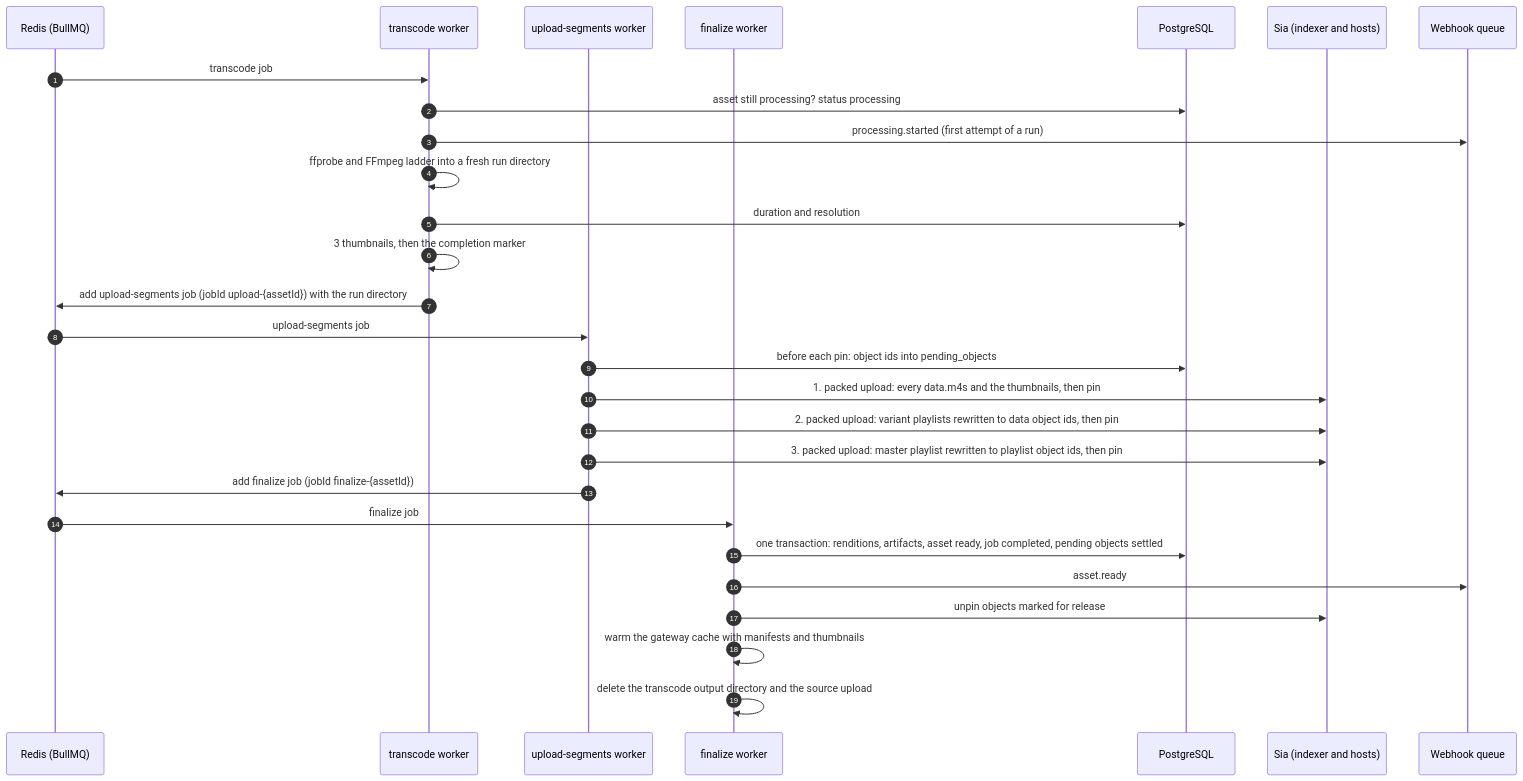
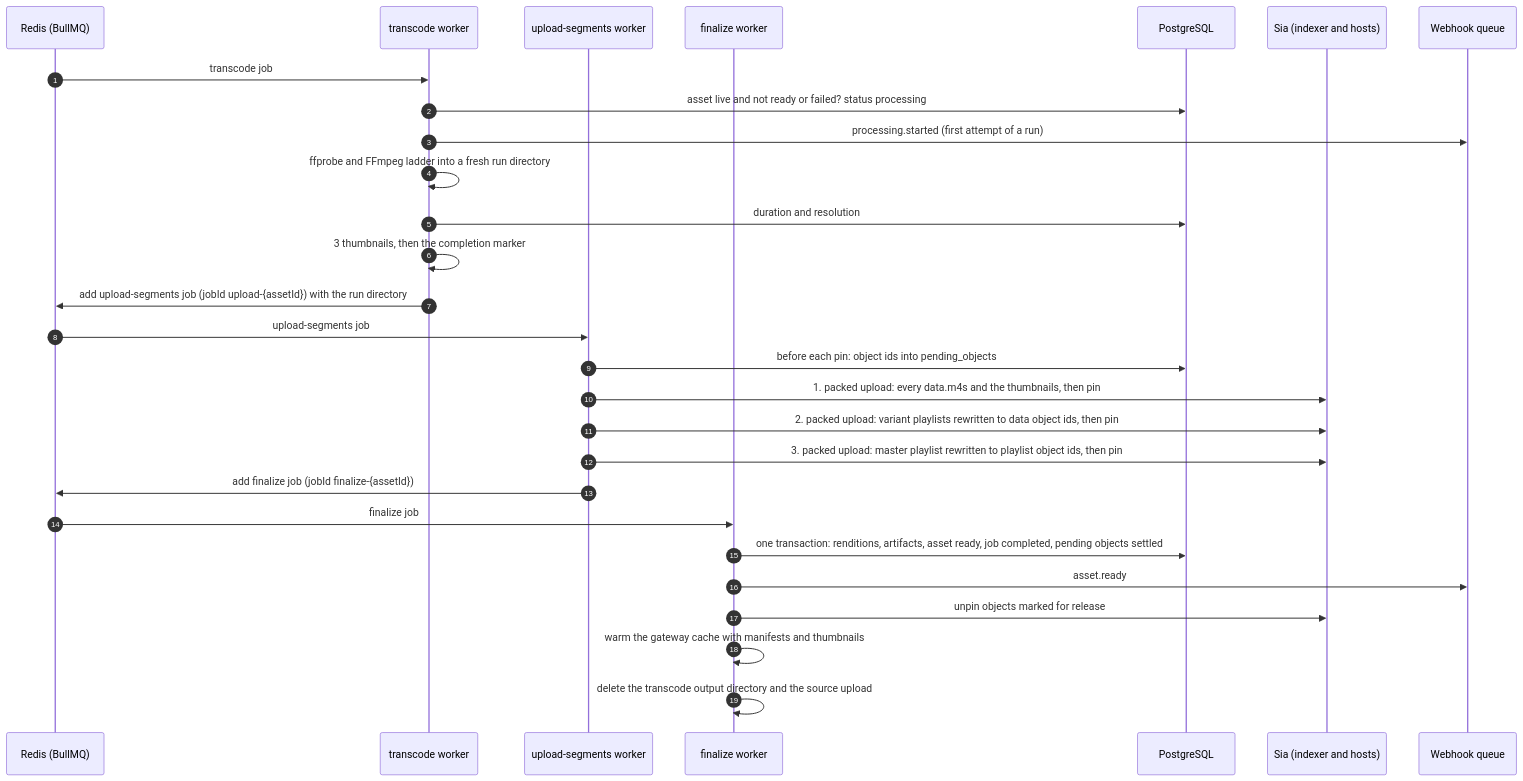
Before and after one commit to justmert/Sluby: the second of 3 diagrams in docs/architecture/upload-pipeline.md, drawn with Mermaid. The commit also changed other lines of this file, not shown here.

````diff
--- a/docs/architecture/upload-pipeline.md
+++ b/docs/architecture/upload-pipeline.md
@@ -71,31 +72,31 @@
 ```mermaid
 sequenceDiagram
   autonumber
   participant Q as Redis (BullMQ)
   participant TW as transcode worker
   participant UW as upload-segments worker
   participant FW as finalize worker
   participant DB as PostgreSQL
   participant SIA as Sia (indexer and hosts)
   participant W as Webhook queue
 
   Q->>TW: transcode job
-  TW->>DB: asset still processing? status processing
+  TW->>DB: asset live and not ready or failed? status processing
   TW->>W: processing.started (first attempt of a run)
   TW->>TW: ffprobe and FFmpeg ladder into a fresh run directory
   TW->>DB: duration and resolution
   TW->>TW: 3 thumbnails, then the completion marker
   TW->>Q: add upload-segments job (jobId upload-{assetId}) with the run directory
   Q->>UW: upload-segments job
   UW->>DB: before each pin: object ids into pending_objects
   UW->>SIA: 1. packed upload: every data.m4s and the thumbnails, then pin
   UW->>SIA: 2. packed upload: variant playlists rewritten to data object ids, then pin
   UW->>SIA: 3. packed upload: master playlist rewritten to playlist object ids, then pin
   UW->>Q: add finalize job (jobId finalize-{assetId})
   Q->>FW: finalize job
   FW->>DB: one transaction: renditions, artifacts, asset ready, job completed, pending objects settled
   FW->>W: asset.ready
   FW->>SIA: unpin objects marked for release
   FW->>FW: warm the gateway cache with manifests and thumbnails
   FW->>FW: delete the transcode output directory and the source upload
 ```
````
